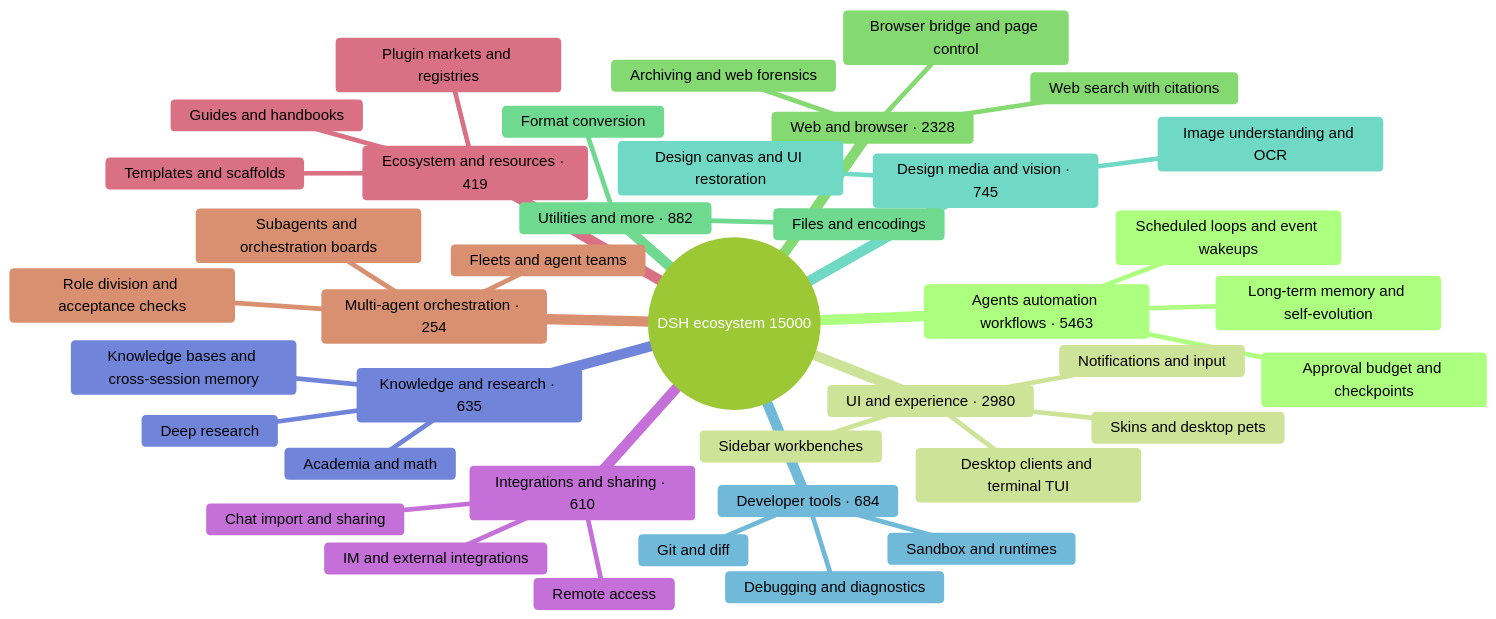
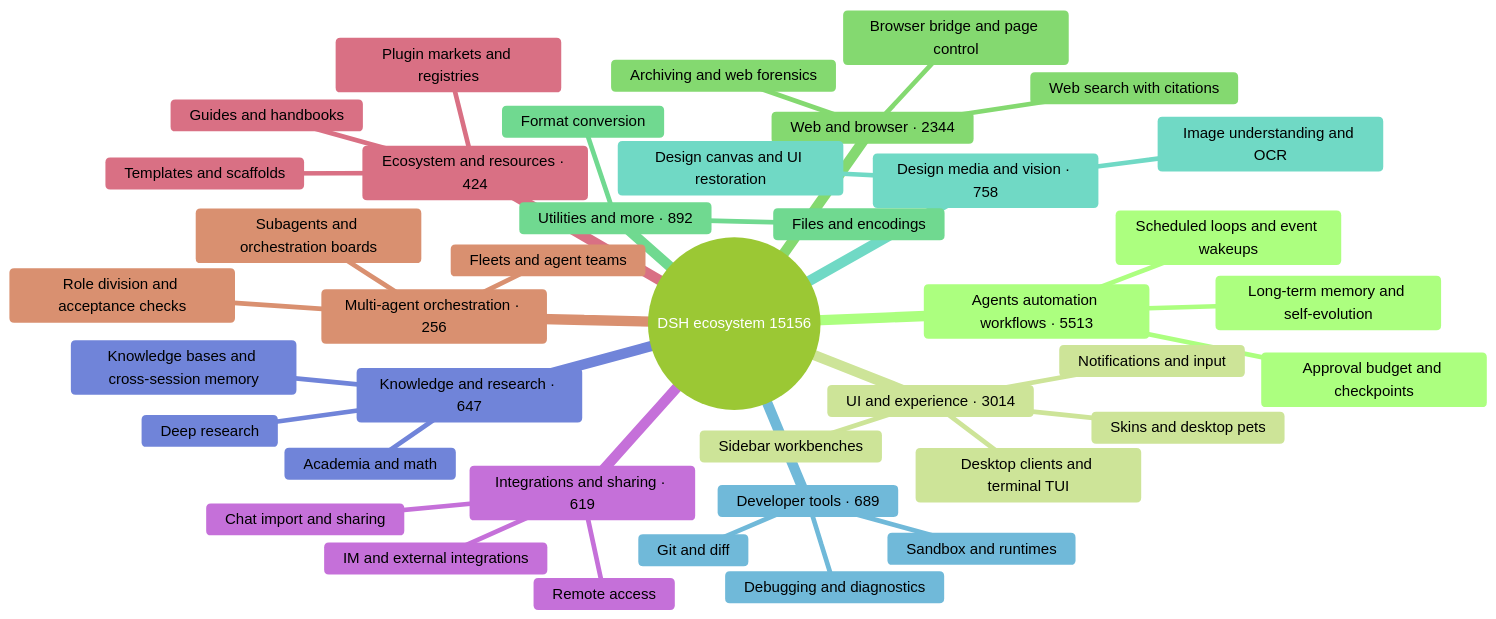
One commit to bruc3van/awesome-dsh-plugin changed the diagram in README_EN.md. Above: the diagram before and after it, drawn with Mermaid (forest theme). The commit also changed other lines of this file and 20 other files, not shown here.

````diff
--- a/README_EN.md
+++ b/README_EN.md
@@ -16,43 +16,43 @@
 ```mermaid
 mindmap
-  root((DSH ecosystem 15000))
-    Agents automation workflows · 5463
+  root((DSH ecosystem 15156))
+    Agents automation workflows · 5513
       Scheduled loops and event wakeups
       Long-term memory and self-evolution
       Approval budget and checkpoints
-    UI and experience · 2980
+    UI and experience · 3014
       Desktop clients and terminal TUI
       Sidebar workbenches
       Skins and desktop pets
       Notifications and input
-    Web and browser · 2328
+    Web and browser · 2344
       Browser bridge and page control
       Web search with citations
       Archiving and web forensics
-    Utilities and more · 882
+    Utilities and more · 892
       Files and encodings
       Format conversion
-    Design media and vision · 745
+    Design media and vision · 758
       Image understanding and OCR
       Design canvas and UI restoration
-    Developer tools · 684
+    Developer tools · 689
       Git and diff
       Sandbox and runtimes
       Debugging and diagnostics
-    Knowledge and research · 635
+    Knowledge and research · 647
       Knowledge bases and cross-session memory
       Deep research
       Academia and math
-    Integrations and sharing · 610
+    Integrations and sharing · 619
       Chat import and sharing
       Remote access
       IM and external integrations
-    Ecosystem and resources · 419
+    Ecosystem and resources · 424
       Plugin markets and registries
       Templates and scaffolds
       Guides and handbooks
-    Multi-agent orchestration · 254
+    Multi-agent orchestration · 256
       Subagents and orchestration boards
       Fleets and agent teams
       Role division and acceptance checks
 ```
````
